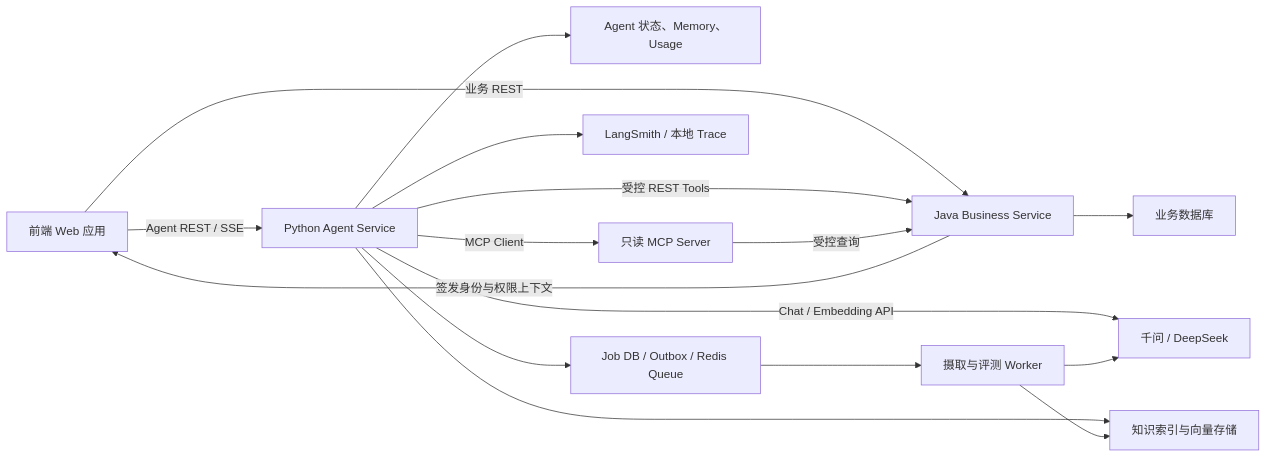
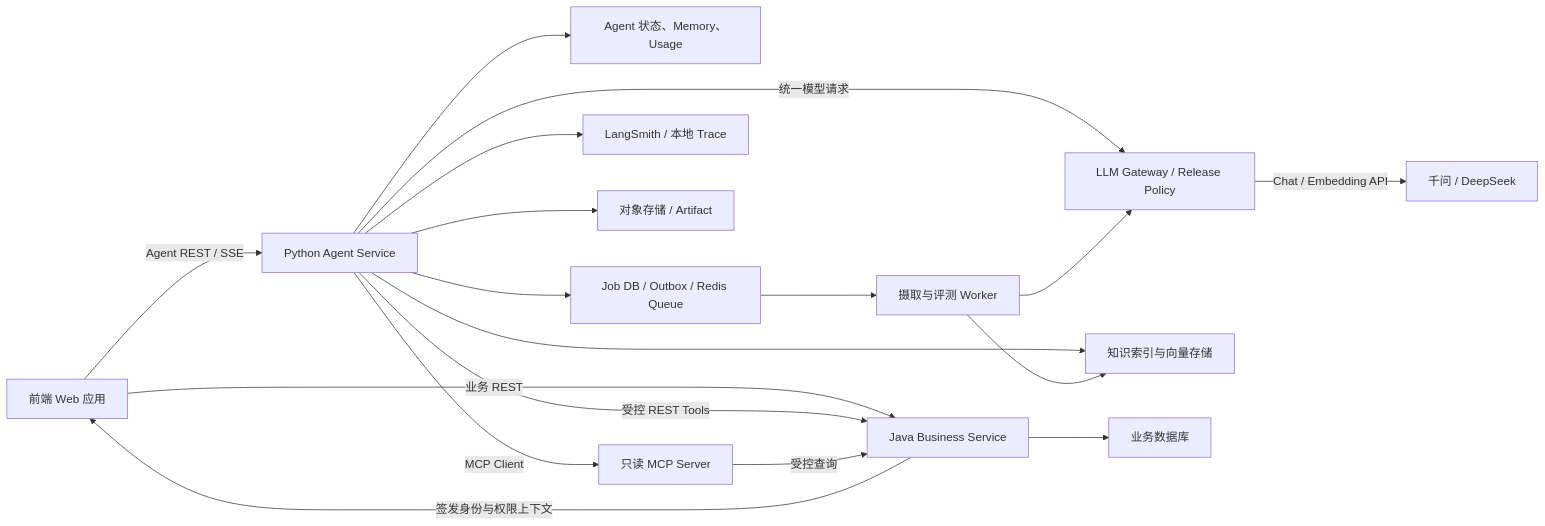
Before and after one commit to zhanghuaiwei/ai-agent-learning-tutorial: the diagram in docs/01-总览与使用方式/03-企业级项目蓝图.md, drawn with Mermaid. The commit also changed other lines of this file and 23 other files, not shown here.

````diff
--- a/docs/01-总览与使用方式/03-企业级项目蓝图.md
+++ b/docs/01-总览与使用方式/03-企业级项目蓝图.md
@@ -95,18 +96,20 @@
 ```mermaid
 flowchart LR
     U["前端 Web 应用"] -->|"业务 REST"| J["Java Business Service"]
     U -->|"Agent REST / SSE"| P["Python Agent Service"]
     J -->|"签发身份与权限上下文"| U
     P -->|"受控 REST Tools"| J
-    P -->|"Chat / Embedding API"| Q["千问 / DeepSeek"]
+    P -->|"统一模型请求"| G["LLM Gateway / Release Policy"]
+    G -->|"Chat / Embedding API"| Q["千问 / DeepSeek"]
     P --> V["知识索引与向量存储"]
     P --> A["Agent 状态、Memory、Usage"]
     P --> R["Job DB / Outbox / Redis Queue"]
     R --> W["摄取与评测 Worker"]
     W --> V
-    W --> Q
+    W --> G
     P --> L["LangSmith / 本地 Trace"]
+    P --> O["对象存储 / Artifact"]
     P -->|"MCP Client"| M["只读 MCP Server"]
     M -->|"受控查询"| J
     J --> B["业务数据库"]
 ```
````
